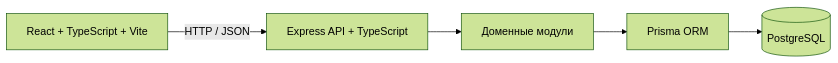
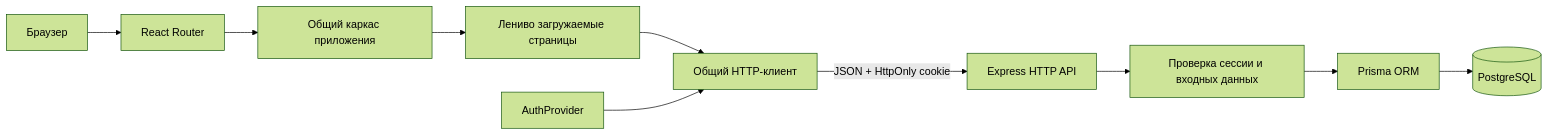
The diagram in MotoClub/docs/architecture.md (Vladislav-Vasilyeu/Motocommunity-Course-Project), drawn with Mermaid (forest theme) before and after one commit. The commit also changed other lines of this file and 26 other files, not shown here.

````diff
--- a/MotoClub/docs/architecture.md
+++ b/MotoClub/docs/architecture.md
@@ -5,12 +5,23 @@
 ```mermaid
 flowchart LR
-  Browser[React + TypeScript + Vite]
-  API[Express API + TypeScript]
-  Modules[Доменные модули]
+  Browser[Браузер]
+  Router[React Router]
+  Layout[Общий каркас приложения]
+  Pages[Лениво загружаемые страницы]
+  Client[Общий HTTP-клиент]
+  Auth[AuthProvider]
+  API[Express HTTP API]
+  Middleware[Проверка сессии и входных данных]
   Prisma[Prisma ORM]
   DB[(PostgreSQL)]
-  Browser -->|HTTP / JSON| API
-  API --> Modules
-  Modules --> Prisma
+
+  Browser --> Router
+  Router --> Layout
+  Layout --> Pages
+  Pages --> Client
+  Auth --> Client
+  Client -->|JSON + HttpOnly cookie| API
+  API --> Middleware
+  Middleware --> Prisma
   Prisma --> DB
 ```
````
